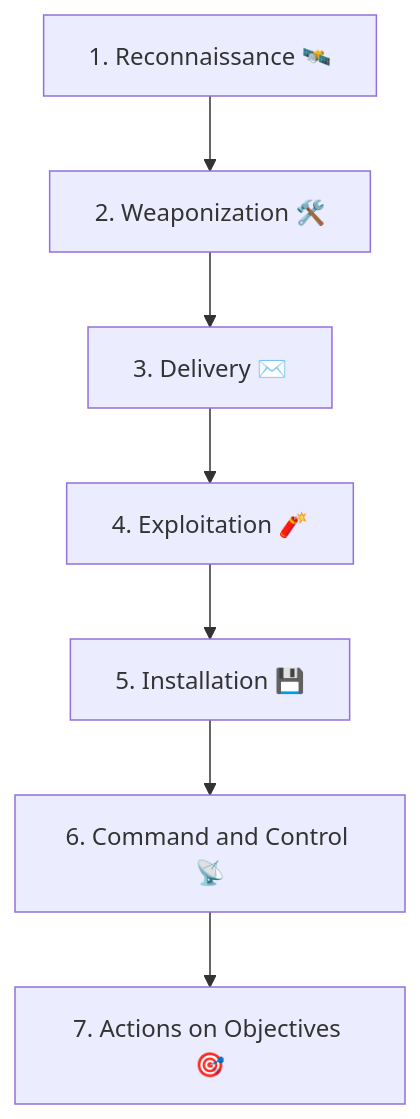
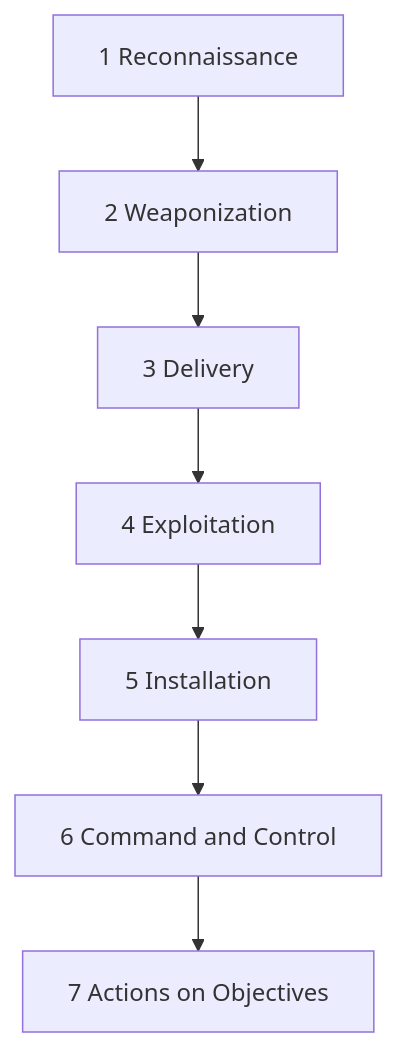
One commit to luke-mckeever/Cyber_Vault changed the diagram in Knowledge Articles/The Cyber Kill Chain.md. Above: the diagram before and after it, drawn with Mermaid.

Commit message:
Update The Cyber Kill Chain.md
fixed mermaid chart

````diff
--- a/Knowledge Articles/The Cyber Kill Chain.md
+++ b/Knowledge Articles/The Cyber Kill Chain.md
@@ -20,9 +20,9 @@
 ```mermaid
-graph TD
-    A[1. Reconnaissance 🛰️] --> B[2. Weaponization 🛠️]
-    B --> C[3. Delivery ✉️]
-    C --> D[4. Exploitation 🧨]
-    D --> E[5. Installation 💾]
-    E --> F[6. Command and Control 📡]
-    F --> G[7. Actions on Objectives 🎯]
+flowchart TD
+A["1 Reconnaissance"] --> B["2 Weaponization"]
+B --> C["3 Delivery"]
+C --> D["4 Exploitation"]
+D --> E["5 Installation"]
+E --> F["6 Command and Control"]
+F --> G["7 Actions on Objectives"]
 ```
````
